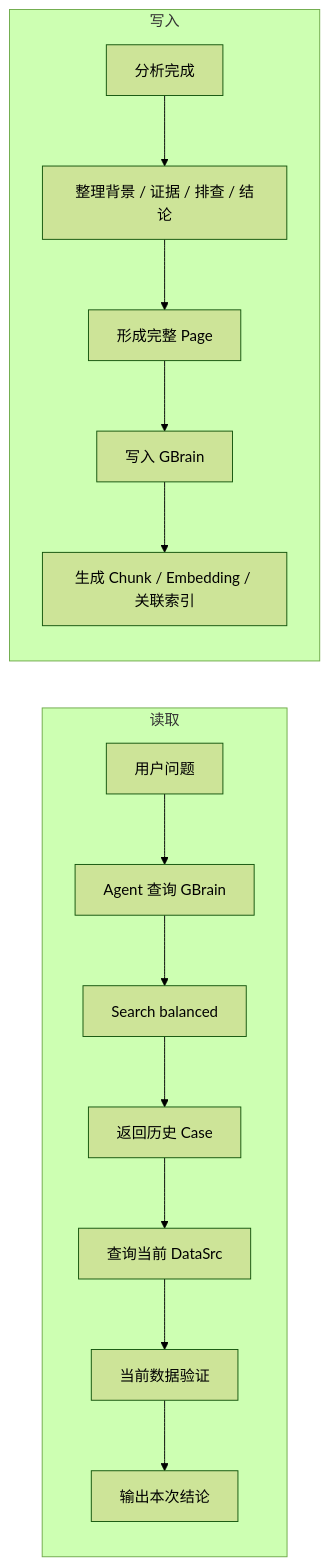
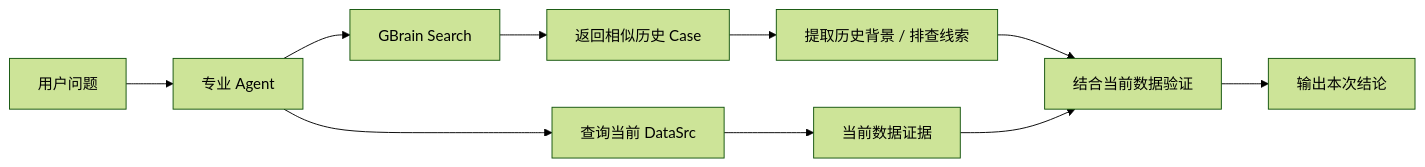
The fourth of 6 diagrams in weekly-report/gbrain-dify-shared-knowledge.md (sgfd-ui/internship), drawn with Mermaid (forest theme) before and after one commit. The commit also changed other lines of this file, not shown here.

Commit message:
refine knowledge, Dify flow and deployment sections

````diff
--- a/weekly-report/gbrain-dify-shared-knowledge.md
+++ b/weekly-report/gbrain-dify-shared-knowledge.md
@@ -158,18 +135,15 @@
 ```mermaid
 flowchart LR
-    subgraph R[读取]
-        R1[用户问题] --> R2[Agent 查询 GBrain]
-        R2 --> R3[Search balanced]
-        R3 --> R4[返回历史 Case]
-        R4 --> R5[查询当前 DataSrc]
-        R5 --> R6[当前数据验证]
-        R6 --> R7[输出本次结论]
-    end
+    A[用户问题]
+    --> B[专业 Agent]
+    --> C[GBrain Search]
+    --> D[返回相似历史 Case]
+    --> E[提取历史背景 / 排查线索]
 
-    subgraph W[写入]
-        W1[分析完成] --> W2[整理背景 / 证据 / 排查 / 结论]
-        W2 --> W3[形成完整 Page]
-        W3 --> W4[写入 GBrain]
-        W4 --> W5[生成 Chunk / Embedding / 关联索引]
-    end
+    B --> F[查询当前 DataSrc]
+    F --> G[当前数据证据]
+
+    E --> H[结合当前数据验证]
+    G --> H
+    H --> I[输出本次结论]
 ```
````
